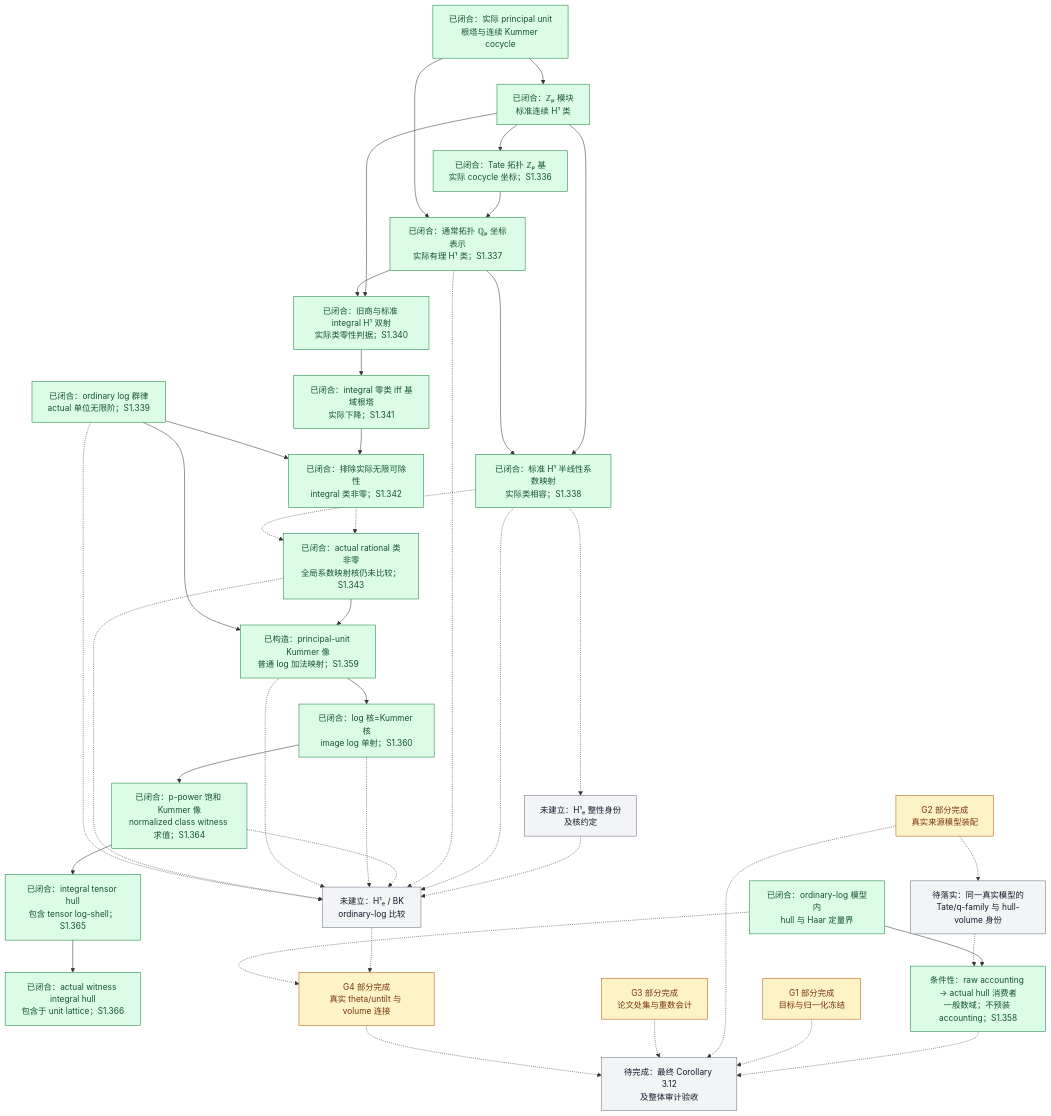
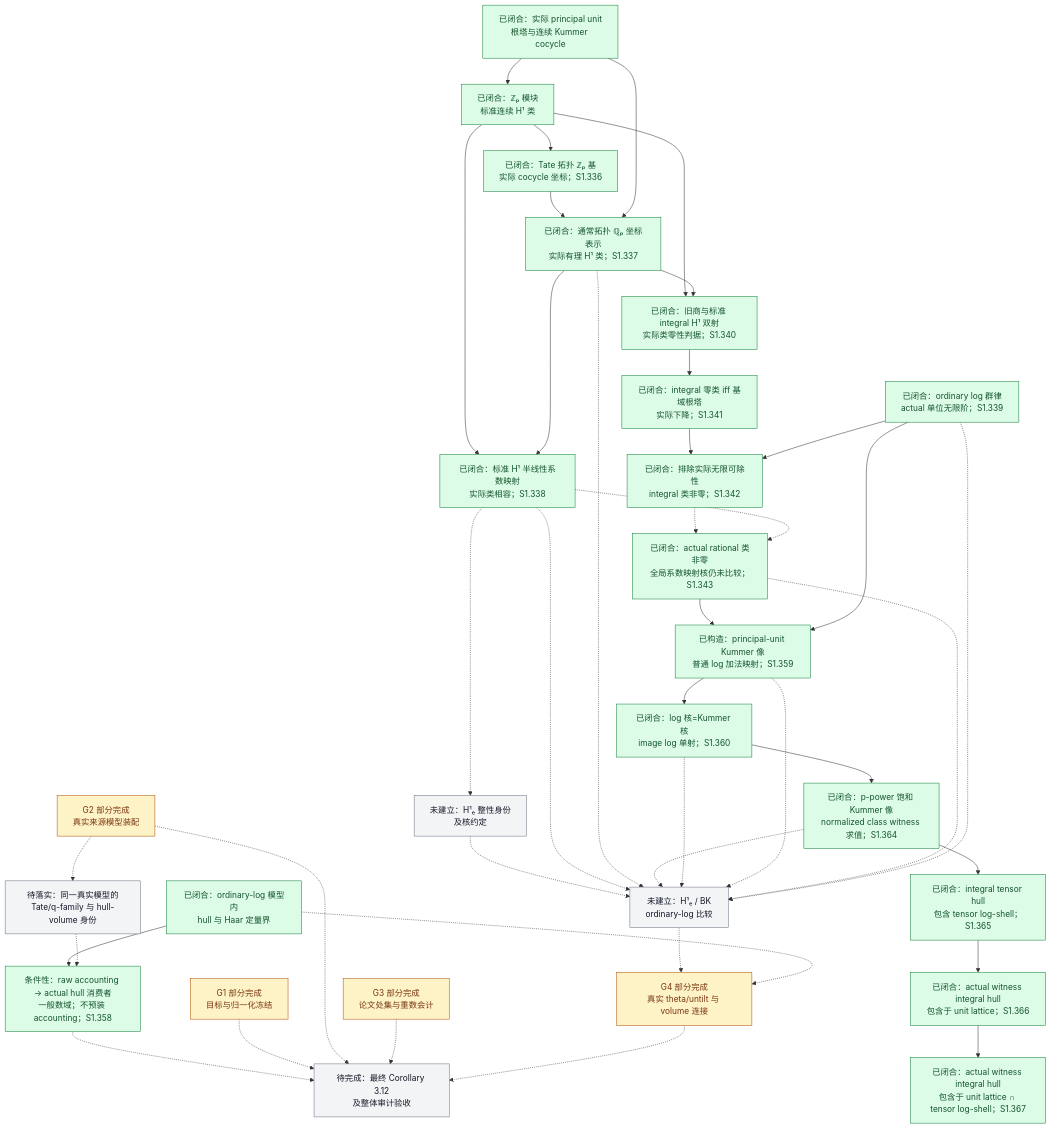
Before and after one commit to Ember-Institute/KirtiJoshi-abc: the diagram in docs/Scene1进度总览.md, drawn with Mermaid. The commit also changed other lines of this file and 4 other files, not shown here.

````diff
--- a/docs/Scene1进度总览.md
+++ b/docs/Scene1进度总览.md
@@ -75,78 +75,80 @@
 ```mermaid
 flowchart TD
     K["已闭合：实际 principal unit<br/>根塔与连续 Kummer cocycle"]
     Z["已闭合：ℤₚ 模块<br/>标准连续 H¹ 类"]
     T["已闭合：Tate 拓扑 ℤₚ 基<br/>实际 cocycle 坐标；S1.336"]
     Q["已闭合：通常拓扑 ℚₚ 坐标表示<br/>实际有理 H¹ 类；S1.337"]
     I["已闭合：标准 H¹ 半线性系数映射<br/>实际类相容；S1.338"]
     J["未建立：H¹ₑ 整性身份<br/>及核约定"]
     C0["已闭合：旧商与标准 integral H¹ 双射<br/>实际类零性判据；S1.340"]
     R0["已闭合：integral 零类 iff 基域根塔<br/>实际下降；S1.341"]
     N0["已闭合：排除实际无限可除性<br/>integral 类非零；S1.342"]
     NQ["已闭合：actual rational 类非零<br/>全局系数映射核仍未比较；S1.343"]
     KL["已构造：principal-unit Kummer 像<br/>普通 log 加法映射；S1.359"]
     KK["已闭合：log 核=Kummer 核<br/>image log 单射；S1.360"]
     KS["已闭合：p-power 饱和 Kummer 像<br/>normalized class witness 求值；S1.364"]
     TS["已闭合：integral tensor hull<br/>包含 tensor log-shell；S1.365"]
     TU["已闭合：actual witness integral hull<br/>包含于 unit lattice；S1.366"]
+    TI["已闭合：actual witness integral hull<br/>包含于 unit lattice ∩ tensor log-shell；S1.367"]
     B["未建立：H¹ₑ / BK<br/>ordinary-log 比较"]
     H["已闭合：ordinary-log 模型内<br/>hull 与 Haar 定量界"]
     L["已闭合：ordinary log 群律<br/>actual 单位无限阶；S1.339"]
     V["G4 部分完成<br/>真实 theta/untilt 与 volume 连接"]
     G1["G1 部分完成<br/>目标与归一化冻结"]
     G2["G2 部分完成<br/>真实来源模型装配"]
     G3["G3 部分完成<br/>论文处集与重数会计"]
     RH["条件性：raw accounting → actual hull 消费者<br/>一般数域；不预装 accounting；S1.358"]
     VH["待落实：同一真实模型的<br/>Tate/q-family 与 hull-volume 身份"]
     C["待完成：最终 Corollary 3.12<br/>及整体审计验收"]
 
     K --> Z
     Z --> T
     T --> Q
     K --> Q
     Z --> I
     Q --> I
     I -.-> J
     J -.-> B
     I -.-> B
     Q -.-> B
     Z --> C0
     Q --> C0
     C0 --> R0
     R0 --> N0
     L --> N0
     N0 -.-> NQ
     I -.-> NQ
     NQ --> KL
     L --> KL
     KL --> KK
     KK --> KS
     KS -.-> B
     KS --> TS
     TS --> TU
+    TU --> TI
     KK -.-> B
     KL -.-> B
     NQ -.-> B
     L -.-> B
     B -.-> V
     H -.-> V
     H --> RH
     G2 -.-> VH
     VH -.-> RH
     RH -.-> C
     G1 -.-> C
     G2 -.-> C
     G3 -.-> C
     V -.-> C
 
     classDef done fill:#dcfce7,stroke:#15803d,color:#14532d;
     classDef partial fill:#fef3c7,stroke:#b45309,color:#78350f;
     classDef open fill:#f3f4f6,stroke:#6b7280,color:#111827;
     class K,Z,T,Q,H,I,L,C0,R0,N0 done;
     class G1,G2,G3,V partial;
     class J,B,C,VH open;
-    class RH,KS,TS,TU done;
+    class RH,KS,TS,TU,TI done;
     class KK done;
     class KL done;
     class NQ done;
 ```
````
